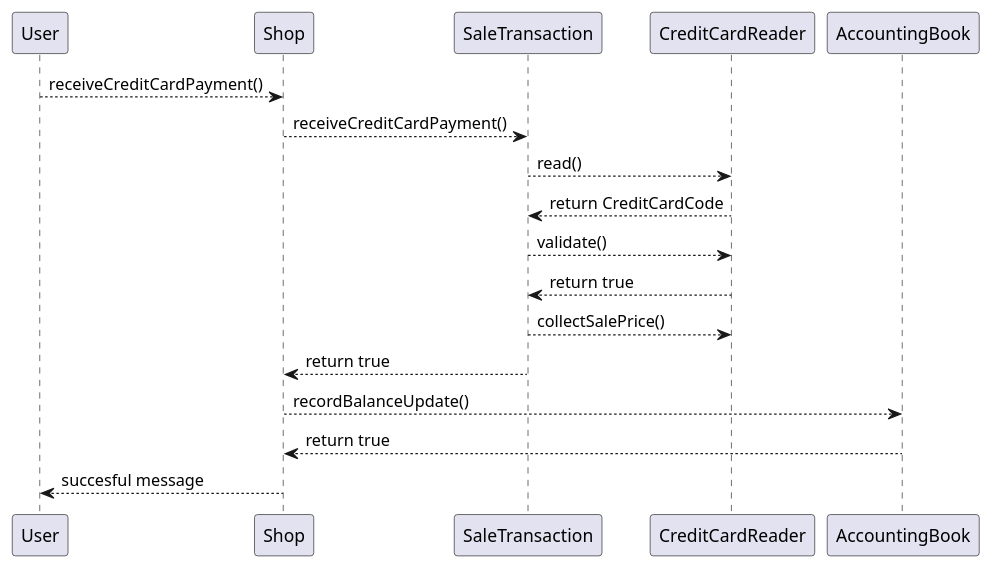
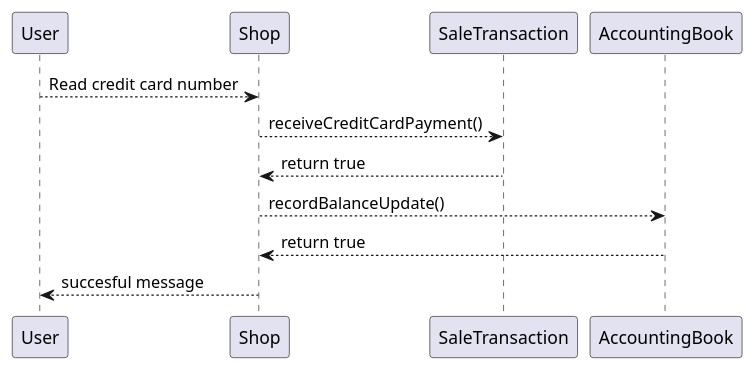
One commit to Stormz4/group20-EzShop changed diagram 11 of 13 in Deliverables/DesignDocument.md. Above: the diagram before and after it, drawn with PlantUML. The commit also changed other lines of this file, not shown here.

````diff
--- a/Deliverables/DesignDocument.md
+++ b/Deliverables/DesignDocument.md
@@ -446,15 +441,10 @@
 ```plantuml
 @startuml
-User --> Shop: receiveCreditCardPayment()
+User --> Shop: Read credit card number
 Shop --> SaleTransaction: receiveCreditCardPayment()
-SaleTransaction --> CreditCardReader: read()
-CreditCardReader --> SaleTransaction: return CreditCardCode
-SaleTransaction --> CreditCardReader: validate()
-CreditCardReader --> SaleTransaction: return true
-SaleTransaction --> CreditCardReader: collectSalePrice()
 SaleTransaction --> Shop: return true
 Shop --> AccountingBook: recordBalanceUpdate()
 AccountingBook --> Shop: return true
 Shop --> User : succesful message
 @enduml
 ```
````
